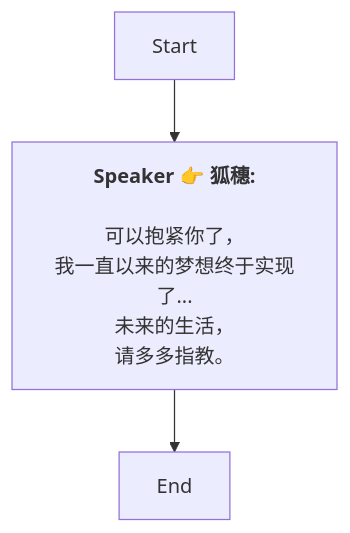
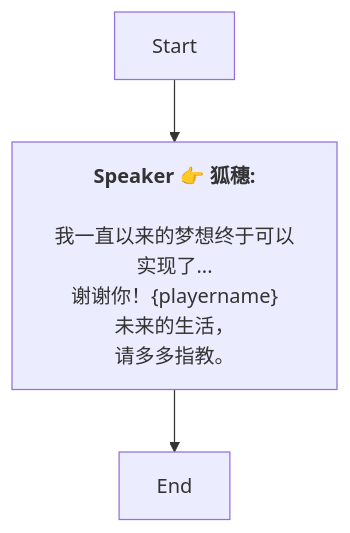
The diagram in Zh/DemoEnd.md (SoftHu/tos_avg), drawn with Mermaid before and after one commit. The commit also changed 297 other files, not shown here.

````diff
--- a/Zh/DemoEnd.md
+++ b/Zh/DemoEnd.md
@@ -1,11 +1,11 @@
 ```mermaid
 graph
 Start -->1739615973401801[<b>Speaker 👉 狐穗:</b>
 
-可以抱紧你了，
-我一直以来的梦想终于实现了...
+我一直以来的梦想终于可以实现了...
+谢谢你！&lbrace;playername&rbrace;
 未来的生活，
 请多多指教。]
 1739615973401801 -->1739615962269896[End]
 
  ```
````
